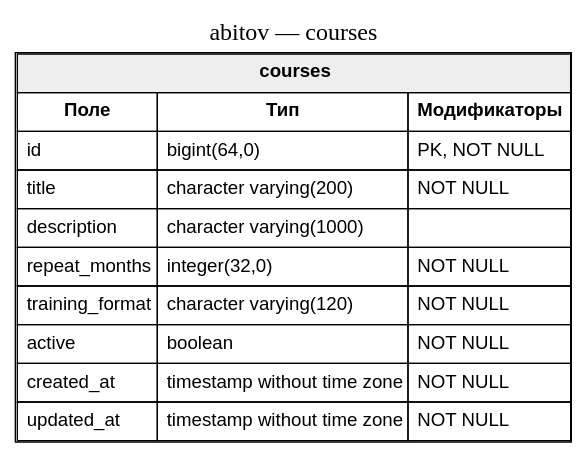
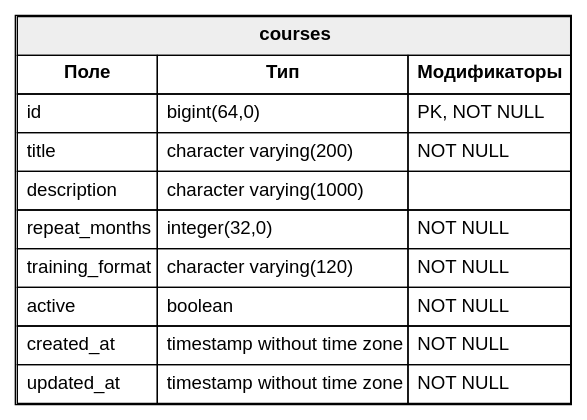
One commit to diplomas-2026/abitov changed the diagram in database-screenshots/dot/tables/courses.dot. Above: the diagram before and after it, drawn with Graphviz. The commit also changed 23 other files, not shown here.

Commit message:
Add database schema screenshots

```diff
--- a/database-screenshots/dot/tables/courses.dot
+++ b/database-screenshots/dot/tables/courses.dot
@@ -1,7 +1,5 @@
 digraph single_table {
   graph [rankdir=TB, fontsize=18];
   node [shape=plain, fontname="Arial"];
-  label="abitov — courses";
-  labelloc=t;
   "courses" [label=<<TABLE BORDER="1" CELLBORDER="1" CELLSPACING="0" CELLPADDING="6"><TR><TD BGCOLOR="#eeeeee" COLSPAN="3"><B>courses</B></TD></TR><TR><TD><B>Поле</B></TD><TD><B>Тип</B></TD><TD><B>Модификаторы</B></TD></TR><TR><TD ALIGN="LEFT">id</TD><TD ALIGN="LEFT">bigint(64,0)</TD><TD ALIGN="LEFT">PK, NOT NULL</TD></TR><TR><TD ALIGN="LEFT">title</TD><TD ALIGN="LEFT">character varying(200)</TD><TD ALIGN="LEFT">NOT NULL</TD></TR><TR><TD ALIGN="LEFT">description</TD><TD ALIGN="LEFT">character varying(1000)</TD><TD ALIGN="LEFT"></TD></TR><TR><TD ALIGN="LEFT">repeat_months</TD><TD ALIGN="LEFT">integer(32,0)</TD><TD ALIGN="LEFT">NOT NULL</TD></TR><TR><TD ALIGN="LEFT">training_format</TD><TD ALIGN="LEFT">character varying(120)</TD><TD ALIGN="LEFT">NOT NULL</TD></TR><TR><TD ALIGN="LEFT">active</TD><TD ALIGN="LEFT">boolean</TD><TD ALIGN="LEFT">NOT NULL</TD></TR><TR><TD ALIGN="LEFT">created_at</TD><TD ALIGN="LEFT">timestamp without time zone</TD><TD ALIGN="LEFT">NOT NULL</TD></TR><TR><TD ALIGN="LEFT">updated_at</TD><TD ALIGN="LEFT">timestamp without time zone</TD><TD ALIGN="LEFT">NOT NULL</TD></TR></TABLE>>];
 }
```
